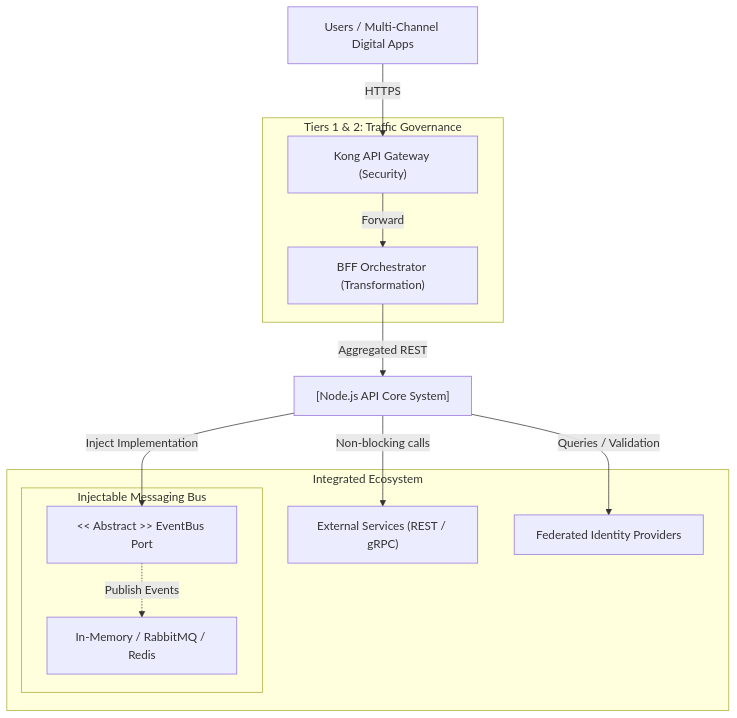
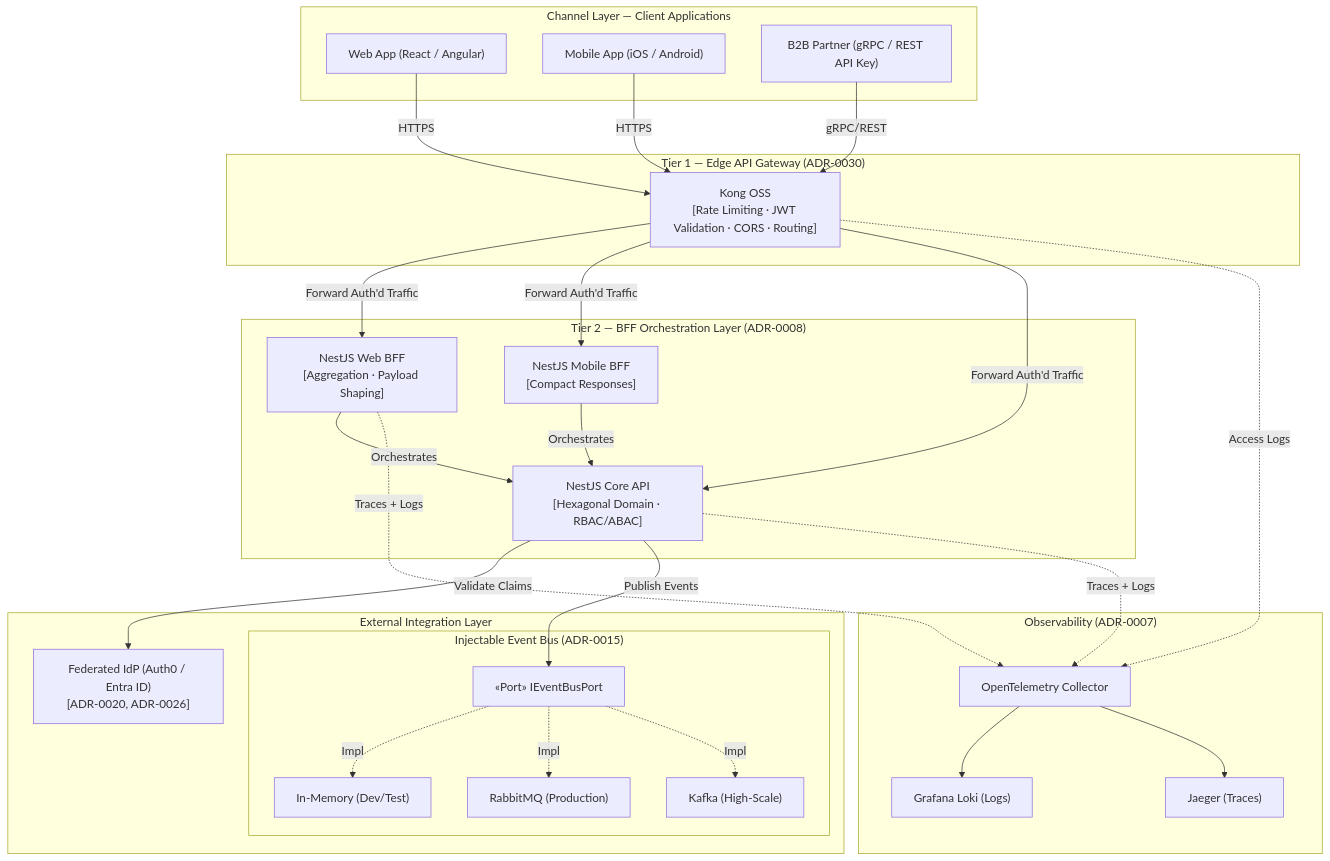
The first of 6 diagrams in arc-nodejs-workspace/docs/02-architecture/reference-architecture-nodejs-arc42.md (beyondnetcode/arc32_progresive_monolith), drawn with Mermaid before and after one commit. The commit also changed other lines of this file, not shown here.

Commit message:
docs(arc32): full architectural audit - map all 30 ADRs across C4 diagrams, sequence flows, and quality matrix

````diff
--- a/arc-nodejs-workspace/docs/02-architecture/reference-architecture-nodejs-arc42.md
+++ b/arc-nodejs-workspace/docs/02-architecture/reference-architecture-nodejs-arc42.md
@@ -42,29 +56,58 @@
 ```mermaid
 graph TD
-    Users["Users / Multi-Channel Digital Apps"]
-    subgraph IngressLayers["Tiers 1 & 2: Traffic Governance"]
-        Kong["Kong API Gateway (Security)"]
-        BFF["BFF Orchestrator (Transformation)"]
+    subgraph Clients["Channel Layer — Client Applications"]
+        WebApp["Web App (React / Angular)"]
+        MobileApp["Mobile App (iOS / Android)"]
+        B2B["B2B Partner (gRPC / REST API Key)"]
     end
-    
-    System["[Node.js API Core System]"]
-    
-    subgraph ExternalSystems["Integrated Ecosystem"]
-        ExternalAPI["External Services (REST / gRPC)"]
-        Identity["Federated Identity Providers"]
+
+    subgraph Tier1["Tier 1 — Edge API Gateway (ADR-0030)"]
+        Kong["Kong OSS\n[Rate Limiting · JWT Validation · CORS · Routing]"]
+    end
+
+    subgraph Tier2["Tier 2 — BFF Orchestration Layer (ADR-0008)"]
+        WebBFF["NestJS Web BFF\n[Aggregation · Payload Shaping]"]
+        MobileBFF["NestJS Mobile BFF\n[Compact Responses]"]
+        CoreAPI["NestJS Core API\n[Hexagonal Domain · RBAC/ABAC]"]
+    end
+
+    subgraph ExternalIntegrations["External Integration Layer"]
+        IdP["Federated IdP (Auth0 / Entra ID)\n[ADR-0020, ADR-0026]"]
         
-        subgraph MessageBusLayer["Injectable Messaging Bus"]
-            IBusPort["<< Abstract >> EventBus Port"]
-            BusImpls["In-Memory / RabbitMQ / Redis"]
+        subgraph EventBusAbstraction["Injectable Event Bus (ADR-0015)"]
+            IBusPort["«Port» IEventBusPort"]
+            InMemory["In-Memory (Dev/Test)"]
+            RabbitMQ["RabbitMQ (Production)"]
+            Kafka["Kafka (High-Scale)"]
+            IBusPort -.->|Impl| InMemory
+            IBusPort -.->|Impl| RabbitMQ
+            IBusPort -.->|Impl| Kafka
         end
     end
 
-    Users -->|HTTPS| Kong
-    Kong -->|Forward| BFF
-    BFF -->|Aggregated REST| System
-    
-    System -->|Queries / Validation| Identity
-    System -->|Inject Implementation| IBusPort
-    IBusPort -.->|Publish Events| BusImpls
-    System -->|Non-blocking calls| ExternalAPI
+    subgraph ObsLayer["Observability (ADR-0007)"]
+        OTel["OpenTelemetry Collector"]
+        Loki["Grafana Loki (Logs)"]
+        Jaeger["Jaeger (Traces)"]
+        OTel --> Loki
+        OTel --> Jaeger
+    end
+
+    WebApp -->|HTTPS| Kong
+    MobileApp -->|HTTPS| Kong
+    B2B -->|gRPC/REST| Kong
+
+    Kong -->|Forward Auth'd Traffic| WebBFF
+    Kong -->|Forward Auth'd Traffic| MobileBFF
+    Kong -->|Forward Auth'd Traffic| CoreAPI
+
+    WebBFF -->|Orchestrates| CoreAPI
+    MobileBFF -->|Orchestrates| CoreAPI
+
+    CoreAPI -->|Validate Claims| IdP
+    CoreAPI -->|Publish Events| IBusPort
+
+    CoreAPI -.->|Traces + Logs| OTel
+    WebBFF -.->|Traces + Logs| OTel
+    Kong -.->|Access Logs| OTel
 ```
````
